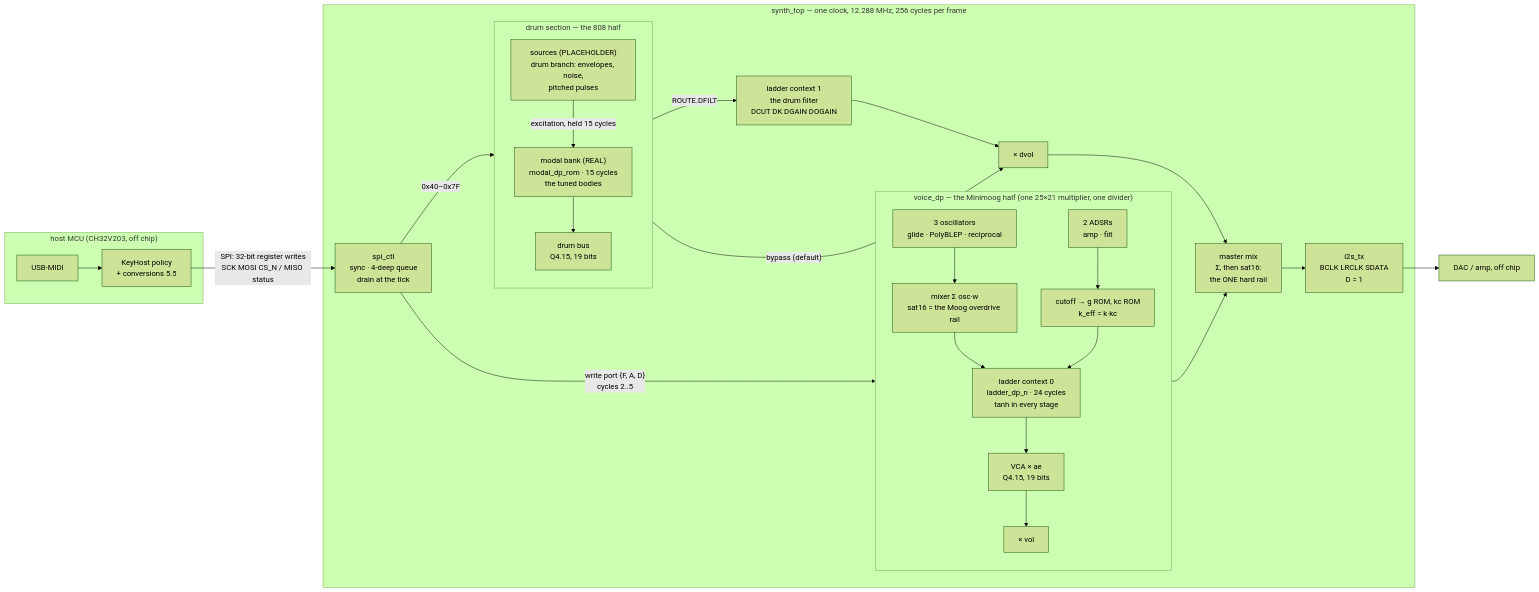
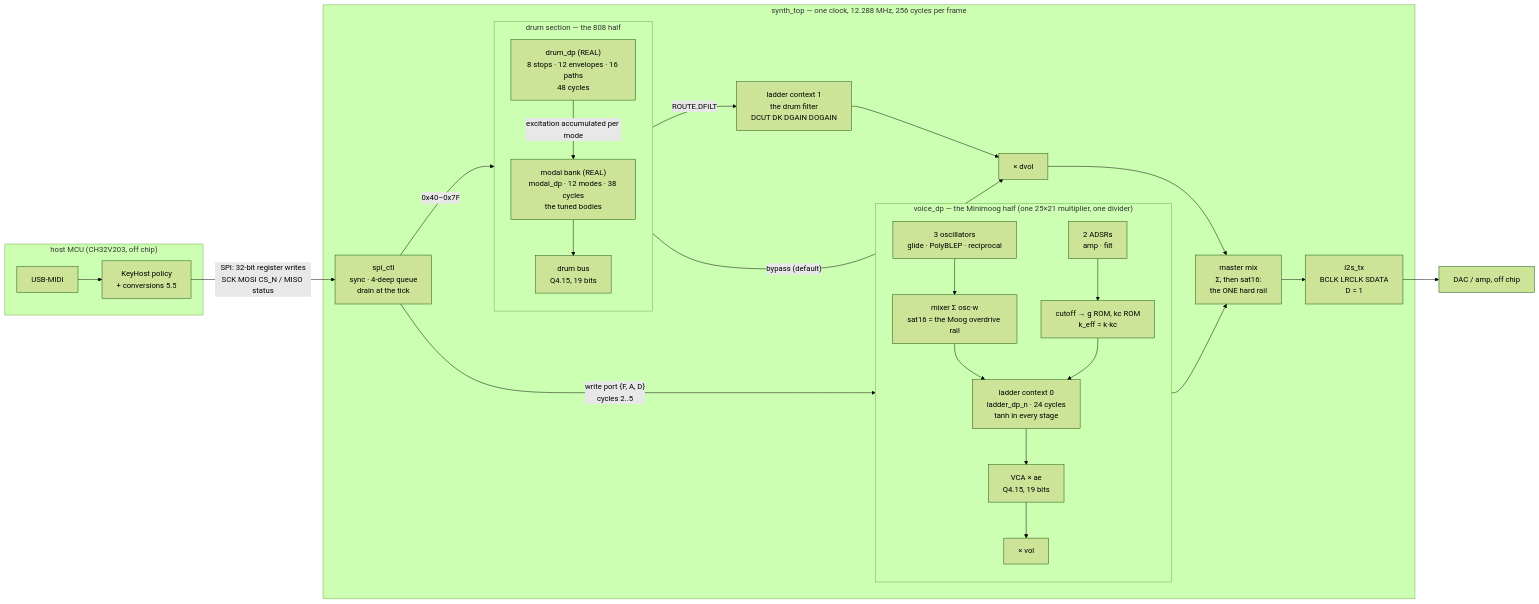
One commit to 2AMLogic/gf180-monosynth changed the diagram in docs/ARCHITECTURE.md. Above: the diagram before and after it, drawn with Mermaid (forest theme). The commit also changed other lines of this file and 6 other files, not shown here.

````diff
--- a/docs/ARCHITECTURE.md
+++ b/docs/ARCHITECTURE.md
@@ -23,37 +23,37 @@
 ```mermaid
 flowchart LR
     subgraph MCU["host MCU (CH32V203, off chip)"]
         USB[USB-MIDI] --> FW[KeyHost policy<br/>+ conversions 5.5]
     end
     FW -- "SPI: 32-bit register writes<br/>SCK MOSI CS_N / MISO status" --> SPI
 
     subgraph CHIP["synth_top — one clock, 12.288 MHz, 256 cycles per frame"]
         SPI["spi_ctl<br/>sync · 4-deep queue<br/>drain at the tick"]
         SPI -- "write port {F, A, D}<br/>cycles 2..5" --> V
         SPI -- "0x40–0x7F" --> D
 
         subgraph V["voice_dp — the Minimoog half (one 25×21 multiplier, one divider)"]
             direction TB
             O["3 oscillators<br/>glide · PolyBLEP · reciprocal"] --> MX["mixer Σ osc·w<br/>sat16 = the Moog overdrive rail"]
             E["2 ADSRs<br/>amp · filt"] --> CUT["cutoff → g ROM, kc ROM<br/>k_eff = k·kc"]
             MX --> L0["ladder context 0<br/>ladder_dp_n · 24 cycles<br/>tanh in every stage"]
             CUT --> L0
             L0 --> VCA["VCA × ae<br/>Q4.15, 19 bits"]
             VCA --> VOL["× vol"]
         end
 
         subgraph D["drum section — the 808 half"]
             direction TB
-            SRC["sources (PLACEHOLDER)<br/>drum branch: envelopes, noise,<br/>pitched pulses"] -- "excitation, held 15 cycles" --> MB["modal bank (REAL)<br/>modal_dp_rom · 15 cycles<br/>the tuned bodies"]
+            SRC["drum_dp (REAL)<br/>8 stops · 12 envelopes · 16 paths<br/>48 cycles"] -- "excitation accumulated per mode" --> MB["modal bank (REAL)<br/>modal_dp · 12 modes · 38 cycles<br/>the tuned bodies"]
             MB --> DB["drum bus<br/>Q4.15, 19 bits"]
         end
 
         DB -- "ROUTE.DFILT" --> L1["ladder context 1<br/>the drum filter<br/>DCUT DK DGAIN DOGAIN"]
         L1 --> DV["× dvol"]
         DB -- "bypass (default)" --> DV
         VOL --> MM["master mix<br/>Σ, then sat16:<br/>the ONE hard rail"]
         DV --> MM
         MM --> I2S["i2s_tx<br/>BCLK LRCLK SDATA<br/>D = 1"]
     end
     I2S --> DAC[DAC / amp, off chip]
 ```
````
